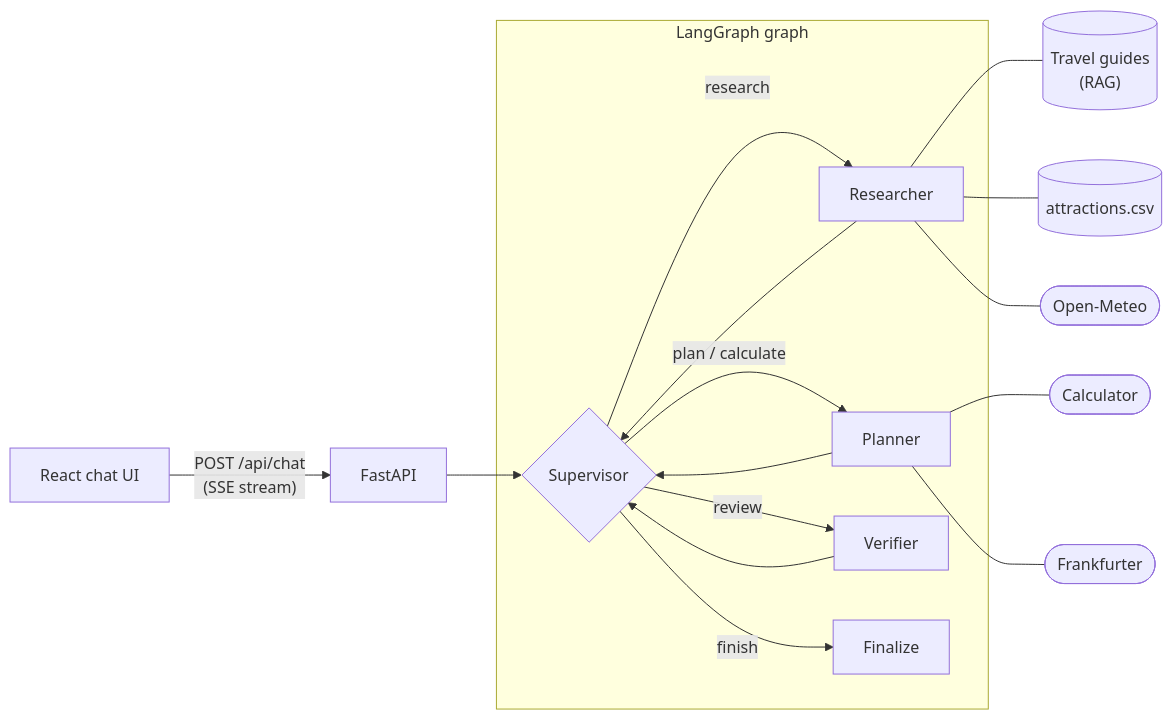
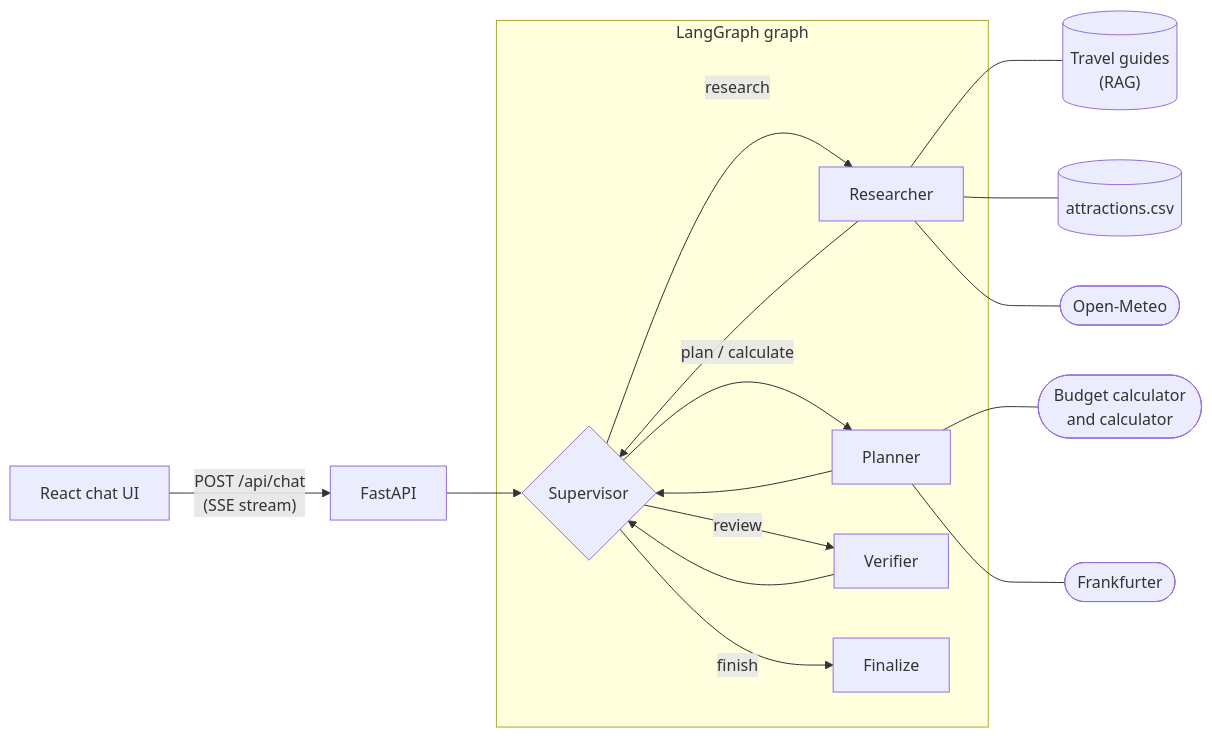
The diagram in README.md (Sallamanderrr/wayfinder), drawn with Mermaid before and after one commit. The commit also changed other lines of this file and 7 other files, not shown here.

````diff
--- a/README.md
+++ b/README.md
@@ -56,19 +56,19 @@
 ```mermaid
 flowchart LR
     UI["React chat UI"] -- "POST /api/chat<br/>(SSE stream)" --> API["FastAPI"]
     API --> S
     subgraph G["LangGraph graph"]
         S{"Supervisor"} -- "research" --> R["Researcher"]
         S -- "plan / calculate" --> P["Planner"]
         S -- "review" --> V["Verifier"]
         R --> S
         P --> S
         V --> S
         S -- "finish" --> F["Finalize"]
     end
     R --- KB[("Travel guides<br/>(RAG)")]
     R --- DB[("attractions.csv")]
     R --- WX(["Open-Meteo"])
-    P --- CALC(["Calculator"])
+    P --- CALC(["Budget calculator<br/>and calculator"])
     P --- FX(["Frankfurter"])
 ```
````
